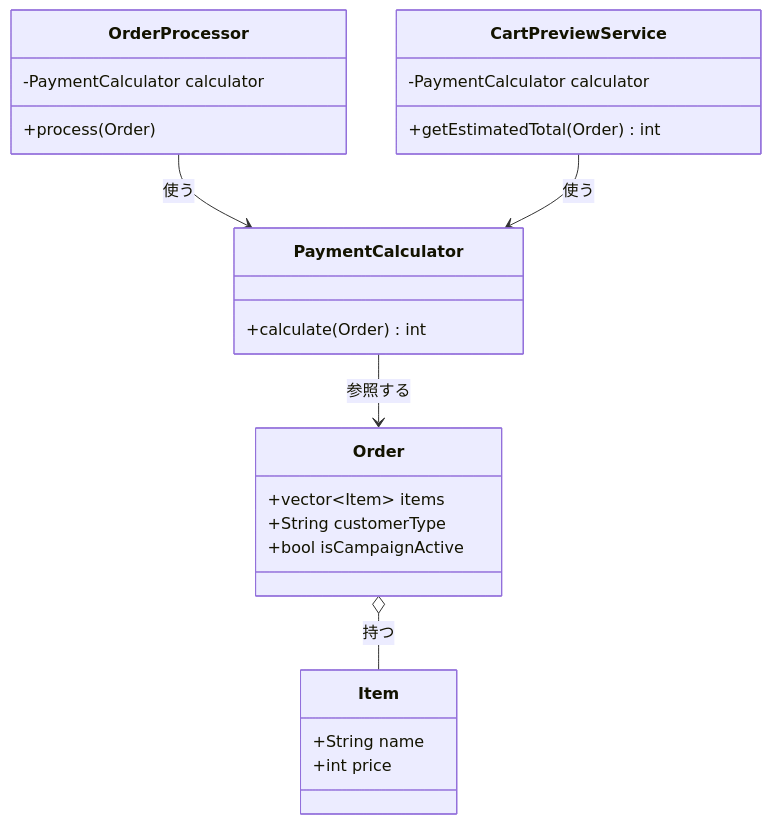
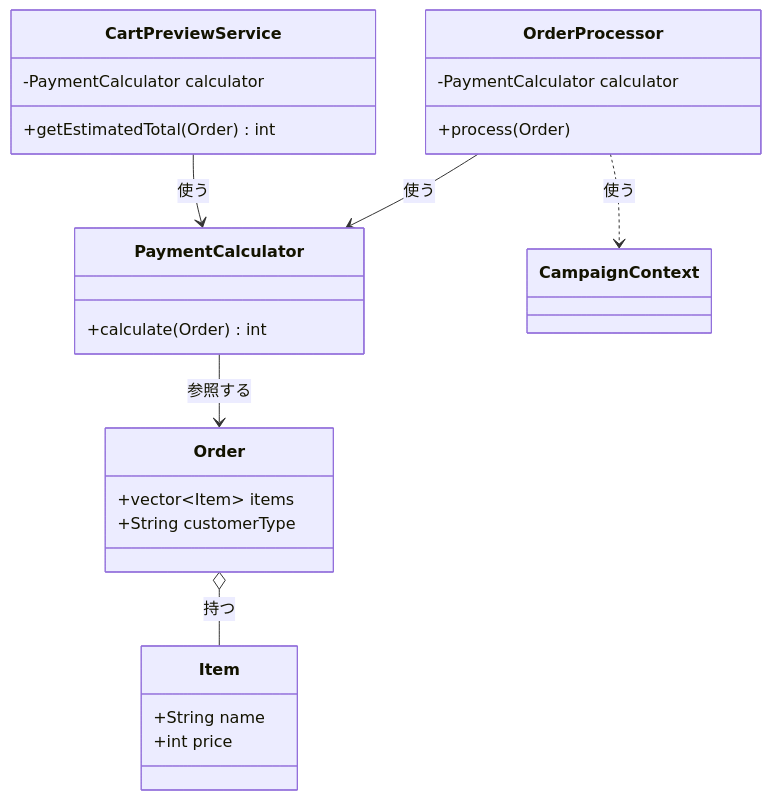
The first of 5 diagrams in kindle/design-patterns/output/chapter01.md (kumachan1101-pixel/DesignPattern), drawn with Mermaid before and after one commit. The commit also changed other lines of this file, not shown here.

````diff
--- a/kindle/design-patterns/output/chapter01.md
+++ b/kindle/design-patterns/output/chapter01.md
@@ -84,28 +84,29 @@
 ```mermaid
 classDiagram
     class OrderProcessor {
         -PaymentCalculator calculator
         +process(Order)
     }
     class PaymentCalculator {
         +calculate(Order) int
     }
     class CartPreviewService {
         -PaymentCalculator calculator
         +getEstimatedTotal(Order) int
     }
     class Order {
         +vector~Item~ items
         +String customerType
-        +bool isCampaignActive
+        
     }
     class Item {
         +String name
         +int price
     }
 
     OrderProcessor --> PaymentCalculator : 使う
     CartPreviewService --> PaymentCalculator : 使う
     PaymentCalculator --> Order : 参照する
     Order o-- Item : 持つ
+    OrderProcessor ..> CampaignContext : 使う
 ```
````
